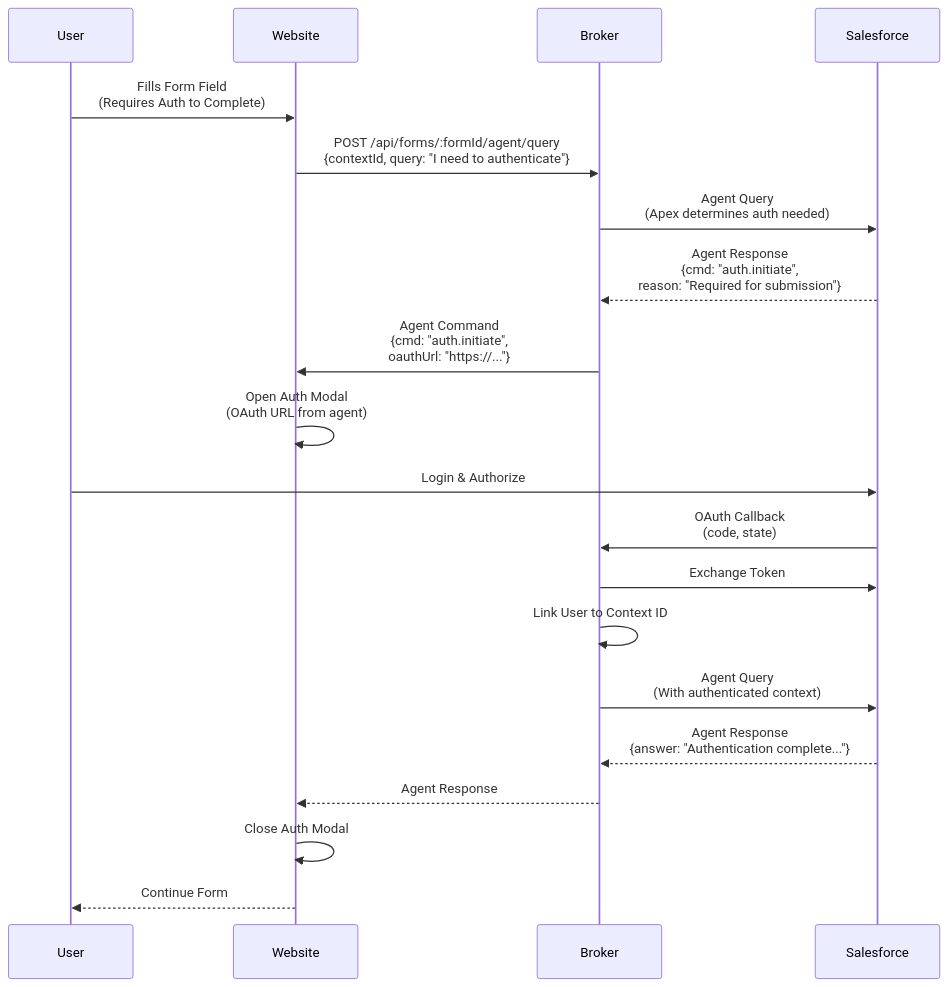
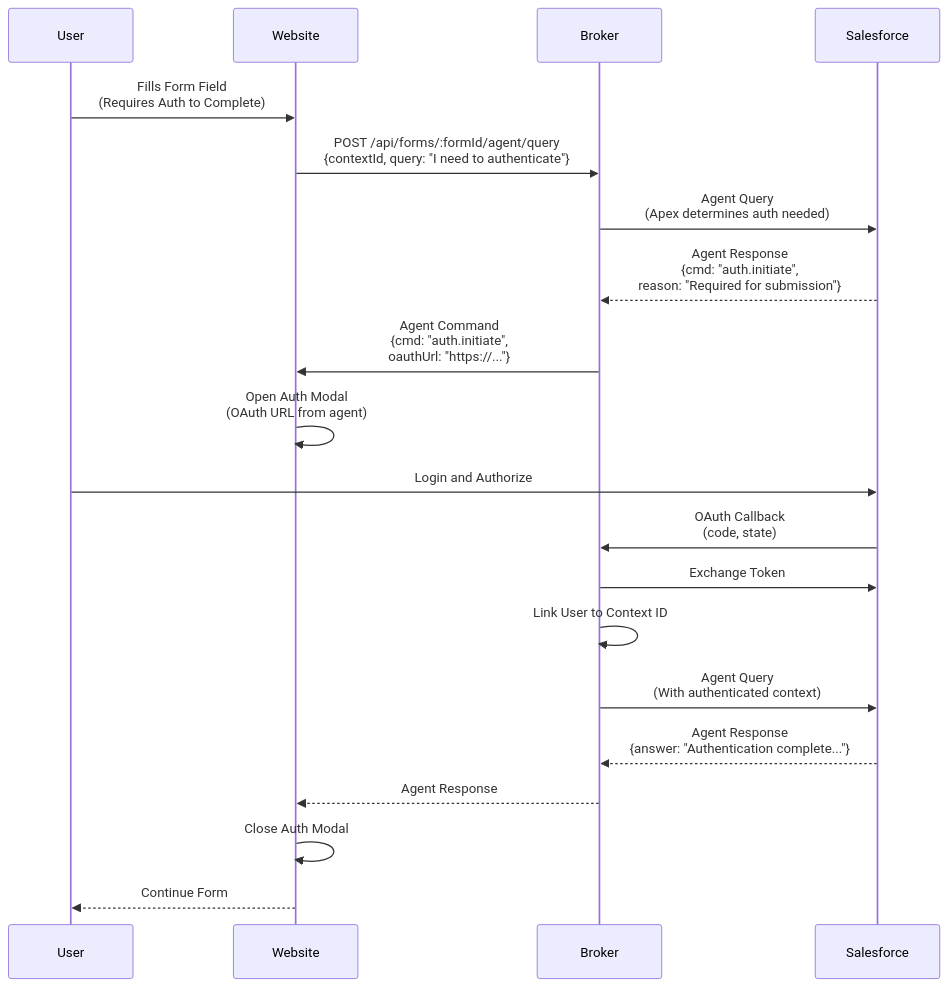
Before and after one commit to DavidVickers/context-broker: diagram 14 of 30 in docs/ARCHITECTURE_COMPLETE.md, drawn with Mermaid. The commit also changed other lines of this file, not shown here.

First line of the commit message:
Fix Mermaid syntax: Replace & with 'and' in node labels

````diff
--- a/docs/ARCHITECTURE_COMPLETE.md
+++ b/docs/ARCHITECTURE_COMPLETE.md
@@ -610,29 +610,29 @@
 ```mermaid
 sequenceDiagram
     participant User
     participant Website
     participant Broker
     participant Salesforce
 
     User->>Website: Fills Form Field<br/>(Requires Auth to Complete)
     Website->>Broker: POST /api/forms/:formId/agent/query<br/>{contextId, query: "I need to authenticate"}
 
     Broker->>Salesforce: Agent Query<br/>(Apex determines auth needed)
 
     Salesforce-->>Broker: Agent Response<br/>{cmd: "auth.initiate",<br/>reason: "Required for submission"}
 
     Broker->>Website: Agent Command<br/>{cmd: "auth.initiate",<br/>oauthUrl: "https://..."}
 
     Website->>Website: Open Auth Modal<br/>(OAuth URL from agent)
-    User->>Salesforce: Login & Authorize
+    User->>Salesforce: Login and Authorize
     Salesforce->>Broker: OAuth Callback<br/>(code, state)
     Broker->>Salesforce: Exchange Token
     Broker->>Broker: Link User to Context ID
 
     Broker->>Salesforce: Agent Query<br/>(With authenticated context)
     Salesforce-->>Broker: Agent Response<br/>{answer: "Authentication complete..."}
 
     Broker-->>Website: Agent Response
     Website->>Website: Close Auth Modal
     Website-->>User: Continue Form
 ```
````
